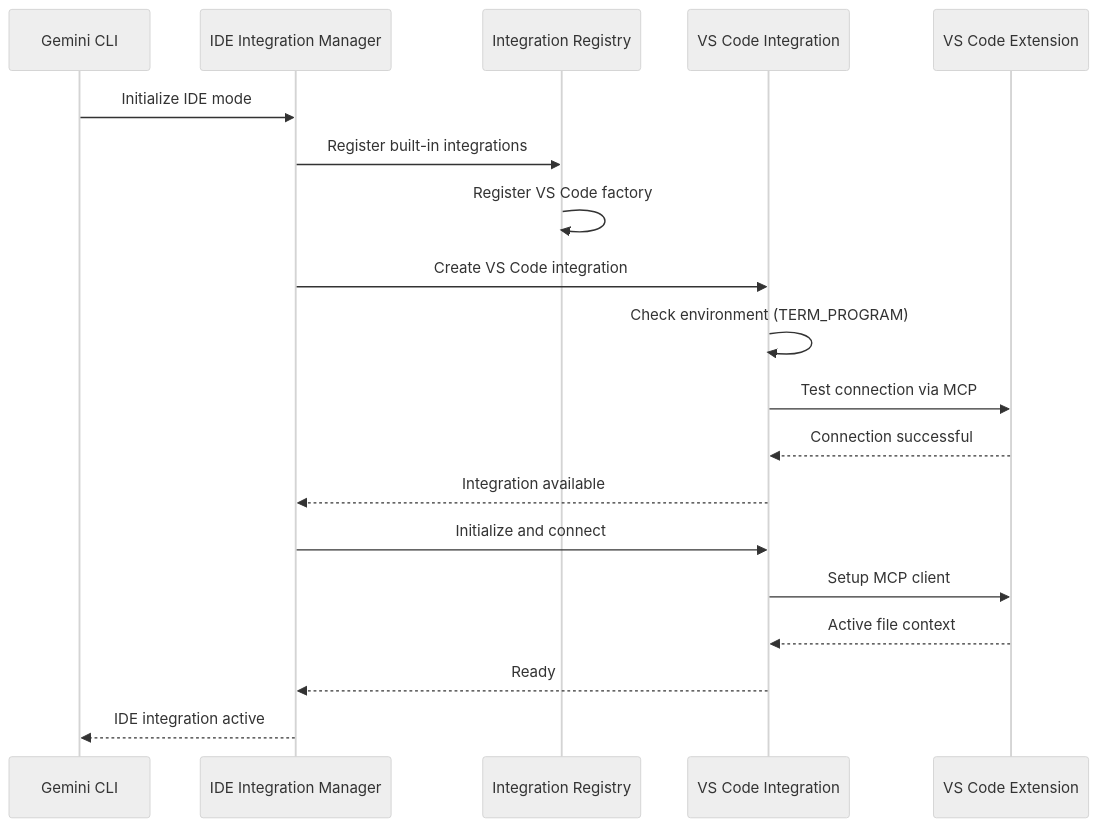
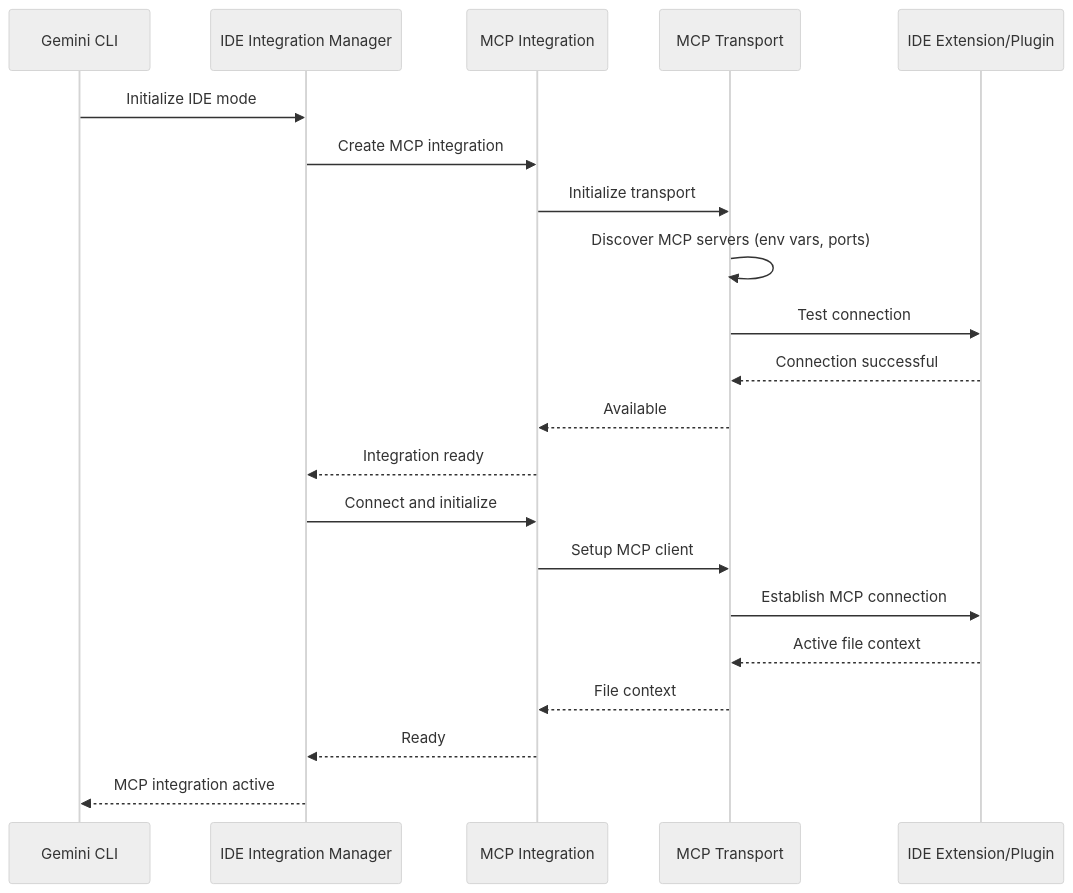
Before and after one commit to zjw57/gemini-cli: the first of 3 diagrams in docs/ide-integrations/architecture.md, drawn with Mermaid (neutral theme). The commit also changed other lines of this file and 3 other files, not shown here.

````diff
--- a/docs/ide-integrations/architecture.md
+++ b/docs/ide-integrations/architecture.md
@@ -110,22 +88,24 @@
 ```mermaid
 sequenceDiagram
     participant CLI as Gemini CLI
     participant IIM as IDE Integration Manager
-    participant REG as Integration Registry
-    participant VSC as VS Code Integration
-    participant EXT as VS Code Extension
+    participant MCP as MCP Integration
+    participant TRANS as MCP Transport
+    participant IDE as IDE Extension/Plugin
 
     CLI->>IIM: Initialize IDE mode
-    IIM->>REG: Register built-in integrations
-    REG->>REG: Register VS Code factory
-    IIM->>VSC: Create VS Code integration
-    VSC->>VSC: Check environment (TERM_PROGRAM)
-    VSC->>EXT: Test connection via MCP
-    EXT-->>VSC: Connection successful
-    VSC-->>IIM: Integration available
-    IIM->>VSC: Initialize and connect
-    VSC->>EXT: Setup MCP client
-    EXT-->>VSC: Active file context
-    VSC-->>IIM: Ready
-    IIM-->>CLI: IDE integration active
+    IIM->>MCP: Create MCP integration
+    MCP->>TRANS: Initialize transport
+    TRANS->>TRANS: Discover MCP servers (env vars, ports)
+    TRANS->>IDE: Test connection
+    IDE-->>TRANS: Connection successful
+    TRANS-->>MCP: Available
+    MCP-->>IIM: Integration ready
+    IIM->>MCP: Connect and initialize
+    MCP->>TRANS: Setup MCP client
+    TRANS->>IDE: Establish MCP connection
+    IDE-->>TRANS: Active file context
+    TRANS-->>MCP: File context
+    MCP-->>IIM: Ready
+    IIM-->>CLI: MCP integration active
 ```
````
